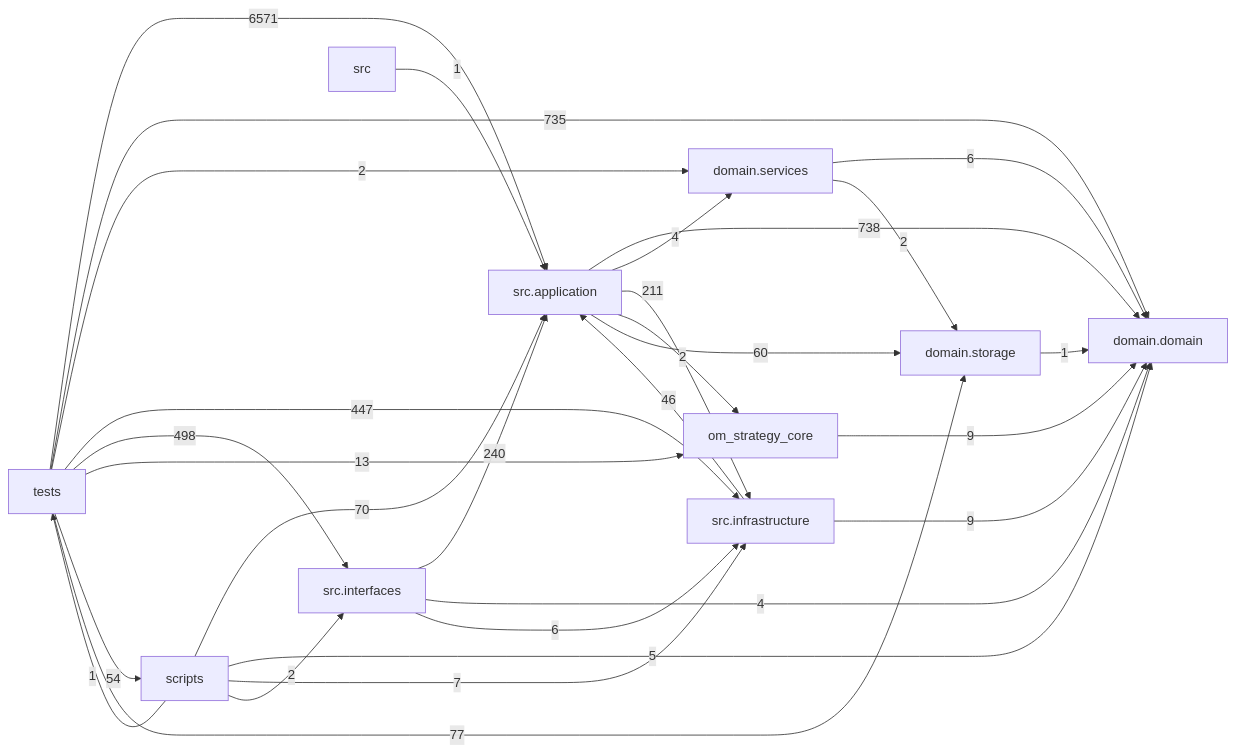
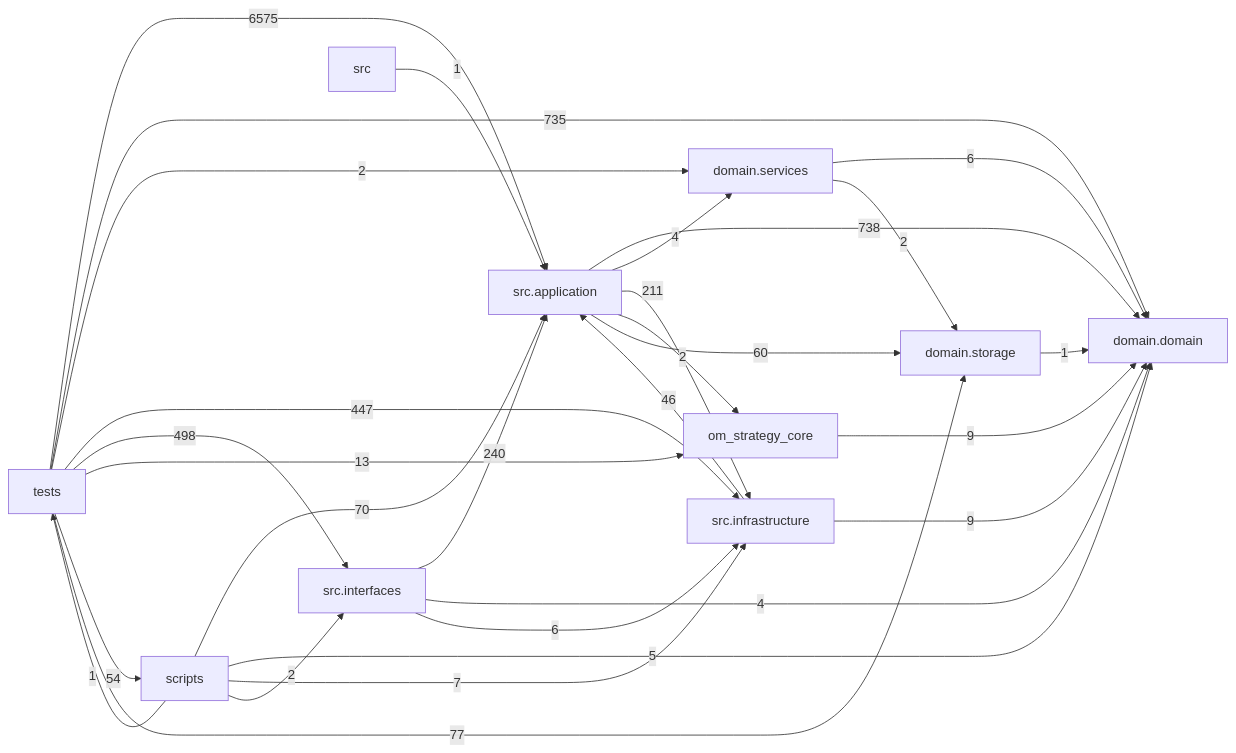
Before and after one commit to liuxie066/options-monitor: the diagram in docs/DEPENDENCY_GRAPH.md, drawn with Mermaid. The commit also changed other lines of this file and 3 other files, not shown here.

````diff
--- a/docs/DEPENDENCY_GRAPH.md
+++ b/docs/DEPENDENCY_GRAPH.md
@@ -24,39 +24,39 @@
 ```mermaid
 flowchart LR
   tests["tests"]
   scripts["scripts"]
   interfaces["src.interfaces"]
   application["src.application"]
   infrastructure["src.infrastructure"]
   domain_services["domain.services"]
   domain["domain.domain"]
   storage["domain.storage"]
   application -->|738| domain
   application -->|4| domain_services
   application -->|211| infrastructure
   application -->|2| om_strategy_core
   application -->|60| storage
   domain_services -->|6| domain
   domain_services -->|2| storage
   infrastructure -->|46| application
   infrastructure -->|9| domain
   interfaces -->|240| application
   interfaces -->|4| domain
   interfaces -->|6| infrastructure
   om_strategy_core -->|9| domain
   scripts -->|70| application
   scripts -->|5| domain
   scripts -->|7| infrastructure
   scripts -->|2| interfaces
   scripts -->|1| tests
   src -->|1| application
   storage -->|1| domain
-  tests -->|6571| application
+  tests -->|6575| application
   tests -->|735| domain
   tests -->|2| domain_services
   tests -->|447| infrastructure
   tests -->|498| interfaces
   tests -->|13| om_strategy_core
   tests -->|54| scripts
   tests -->|77| storage
 ```
````
